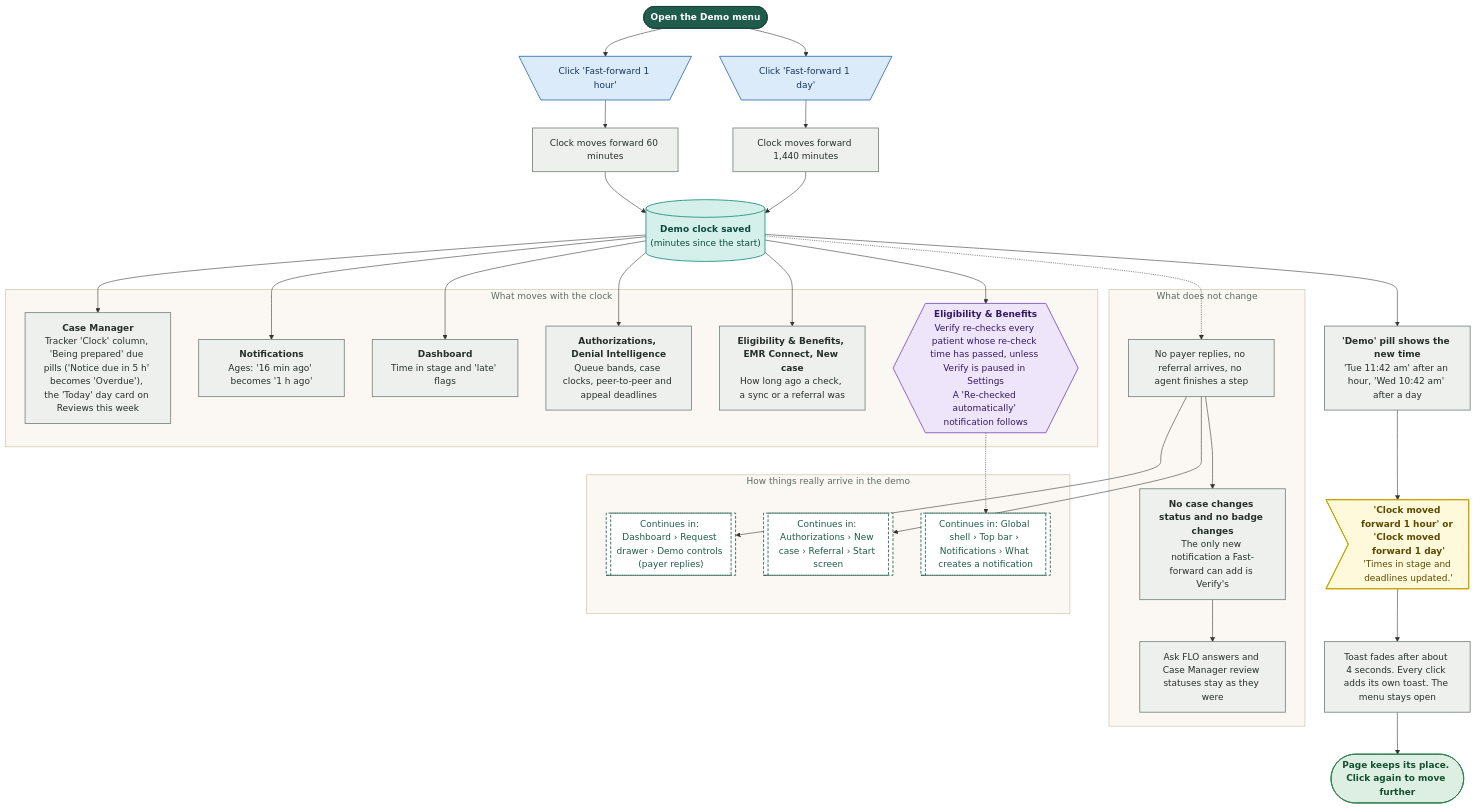
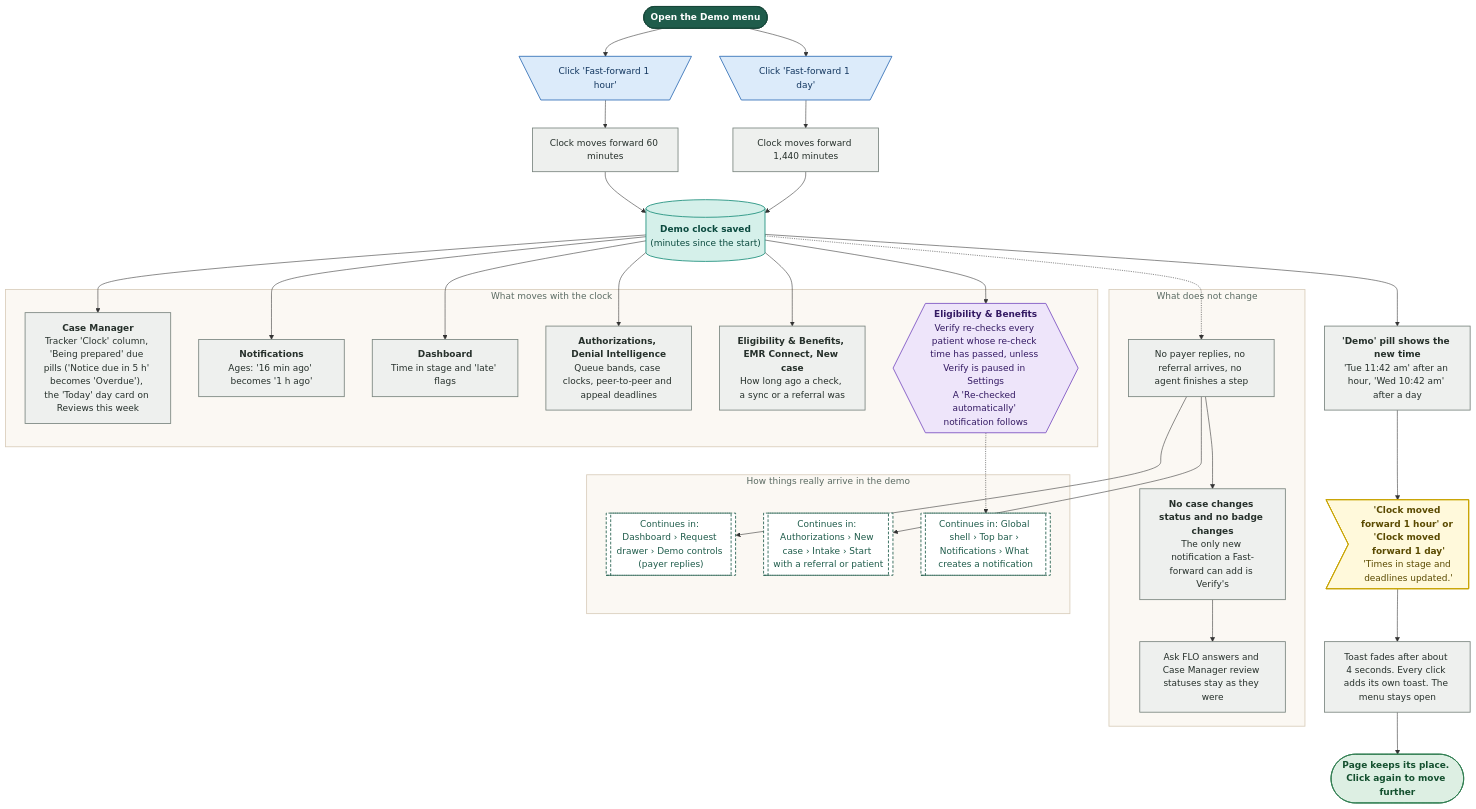
Diagram 12 of 18 in demos/prior-auth-demo/workflows/out/md/01-global-shell.md (Shrav143/psyfloapp), drawn with Mermaid before and after one commit. The commit also changed other lines of this file and 251 other files, not shown here.

First line of the commit message:
docs: rebuild the workflow diagrams (291) for round 4

````diff
--- a/demos/prior-auth-demo/workflows/out/md/01-global-shell.md
+++ b/demos/prior-auth-demo/workflows/out/md/01-global-shell.md
@@ -860,69 +952,69 @@
 ```mermaid
 %%{init: {"theme":"base","themeVariables":{"fontFamily":"'DM Sans', 'Segoe UI', system-ui, sans-serif","fontSize":"15px","lineColor":"#5B6B63","primaryTextColor":"#1C2B25","clusterBkg":"#FBF8F3","clusterBorder":"#D9CDBB","edgeLabelBackground":"#FFFFFF"},"flowchart":{"curve":"basis","nodeSpacing":36,"rankSpacing":48,"padding":12,"htmlLabels":true,"useMaxWidth":false,"wrappingWidth":230}} }%%
 flowchart TD
   classDef k_start fill:#1F5C4B,stroke:#174638,color:#FFFFFF,stroke-width:1.5px,font-weight:600
   classDef k_end fill:#DDEFE3,stroke:#2E7D4F,color:#14502F,stroke-width:1.5px,font-weight:600
   classDef k_endx fill:#FBE3E0,stroke:#C0392B,color:#7A1F16,stroke-width:1.5px,font-weight:600
   classDef k_screen fill:#FFFDF8,stroke:#1F5C4B,color:#1C2B25,stroke-width:2px
   classDef k_overlay fill:#F1F7F3,stroke:#1F5C4B,color:#1C2B25,stroke-width:2px,stroke-dasharray:5 3
   classDef k_click fill:#DCEBFA,stroke:#2F6DB5,color:#12365F,stroke-width:1.5px
   classDef k_input fill:#E4E7FF,stroke:#4C5FD5,color:#1D2670,stroke-width:1.5px
   classDef k_process fill:#EEF0EE,stroke:#7A857F,color:#26302B,stroke-width:1.5px
   classDef k_agent fill:#EEE5FA,stroke:#7A4FC2,color:#341A63,stroke-width:1.5px
   classDef k_decision fill:#FFF0CC,stroke:#D9962B,color:#5C3B00,stroke-width:1.5px
   classDef k_store fill:#D5F0EA,stroke:#1C8E7B,color:#0B4A3F,stroke-width:1.5px
   classDef k_doc fill:#F6E9DC,stroke:#B07A4C,color:#4A2E14,stroke-width:1.5px
   classDef k_ext fill:#FFE6D2,stroke:#E07B39,color:#6B2F06,stroke-width:1.5px
   classDef k_wait fill:#E4E8EE,stroke:#6B7C93,color:#26303D,stroke-width:1.5px
   classDef k_toast fill:#FFF9DB,stroke:#C9A400,color:#5A4A00,stroke-width:1.5px
   classDef k_goto fill:#FFFFFF,stroke:#1F5C4B,color:#1F5C4B,stroke-width:1.5px,stroke-dasharray:5 3
   s1@{ shape: stadium, label: "Open the Demo menu" }
   c1@{ shape: trap-t, label: "Click 'Fast-forward 1 hour'" }
   c2@{ shape: trap-t, label: "Click 'Fast-forward 1 day'" }
   p1@{ shape: rect, label: "Clock moves forward 60 minutes" }
   p2@{ shape: rect, label: "Clock moves forward 1,440 minutes" }
   st1@{ shape: cyl, label: "<b>Demo clock saved</b><br/>(minutes since the start)" }
   p3@{ shape: rect, label: "<b>'Demo' pill shows the new time</b><br/>'Tue 11:42 am' after an hour, 'Wed 10:42 am' after a day" }
   t1@{ shape: odd, label: "<b>'Clock moved forward 1 hour' or 'Clock moved forward 1 day'</b><br/>'Times in stage and deadlines updated.'" }
   p4@{ shape: rect, label: "Toast fades after about 4 seconds. Every click adds its own toast. The menu stays open" }
   subgraph gMove ["What moves with the clock"]
   m1@{ shape: rect, label: "<b>Case Manager</b><br/>Tracker 'Clock' column, 'Being prepared' due pills ('Notice due in 5 h' becomes 'Overdue'), the 'Today' day card on Reviews this week" }
   m2@{ shape: rect, label: "<b>Notifications</b><br/>Ages: '16 min ago' becomes '1 h ago'" }
   m3@{ shape: rect, label: "<b>Dashboard</b><br/>Time in stage and 'late' flags" }
   m4@{ shape: rect, label: "<b>Authorizations, Denial Intelligence</b><br/>Queue bands, case clocks, peer-to-peer and appeal deadlines" }
   m5@{ shape: rect, label: "<b>Eligibility & Benefits, EMR Connect, New case</b><br/>How long ago a check, a sync or a referral was" }
   m6@{ shape: hex, label: "<b>Eligibility & Benefits</b><br/>Verify re-checks every patient whose re-check time has passed, unless Verify is paused in Settings<br/>A 'Re-checked automatically' notification follows" }
   end
   subgraph gStill ["What does not change"]
   s2@{ shape: rect, label: "No payer replies, no referral arrives, no agent finishes a step" }
   s3@{ shape: rect, label: "<b>No case changes status and no badge changes</b><br/>The only new notification a Fast-forward can add is Verify's" }
   s4@{ shape: rect, label: "Ask FLO answers and Case Manager review statuses stay as they were" }
   end
   subgraph gHow ["How things really arrive in the demo"]
   g1@{ shape: subproc, label: "Continues in: Dashboard › Request drawer › Demo controls (payer replies)" }
-  g2@{ shape: subproc, label: "Continues in: Authorizations › New case › Referral › Start screen" }
+  g2@{ shape: subproc, label: "Continues in: Authorizations › New case › Intake › Start with a referral or patient" }
   g3@{ shape: subproc, label: "Continues in: Global shell › Top bar › Notifications › What creates a notification" }
   end
   e1@{ shape: stadium, label: "Page keeps its place. Click again to move further" }
   s1 --> c1 & c2
   c1 --> p1 --> st1
   c2 --> p2 --> st1
   st1 --> p3 --> t1 --> p4 --> e1
   st1 --> m1 & m2 & m3 & m4 & m5 & m6
   st1 -.-> s2
   s2 --> s3 --> s4
   s2 --> g1
   s2 --> g2
   m6 -.-> g3
   class s1 k_start
   class c1,c2 k_click
   class p1,p2,p3,p4,m1,m2,m3,m4,m5,s2,s3,s4 k_process
   class st1 k_store
   class t1 k_toast
   class m6 k_agent
   class g1,g2,g3 k_goto
   class e1 k_end
   style gMove fill:#FBF8F3,stroke:#D9CDBB,stroke-width:1.5px,color:#5B6B63
   style gStill fill:#FBF8F3,stroke:#D9CDBB,stroke-width:1.5px,color:#5B6B63
   style gHow fill:#FBF8F3,stroke:#D9CDBB,stroke-width:1.5px,color:#5B6B63
 ```
````
